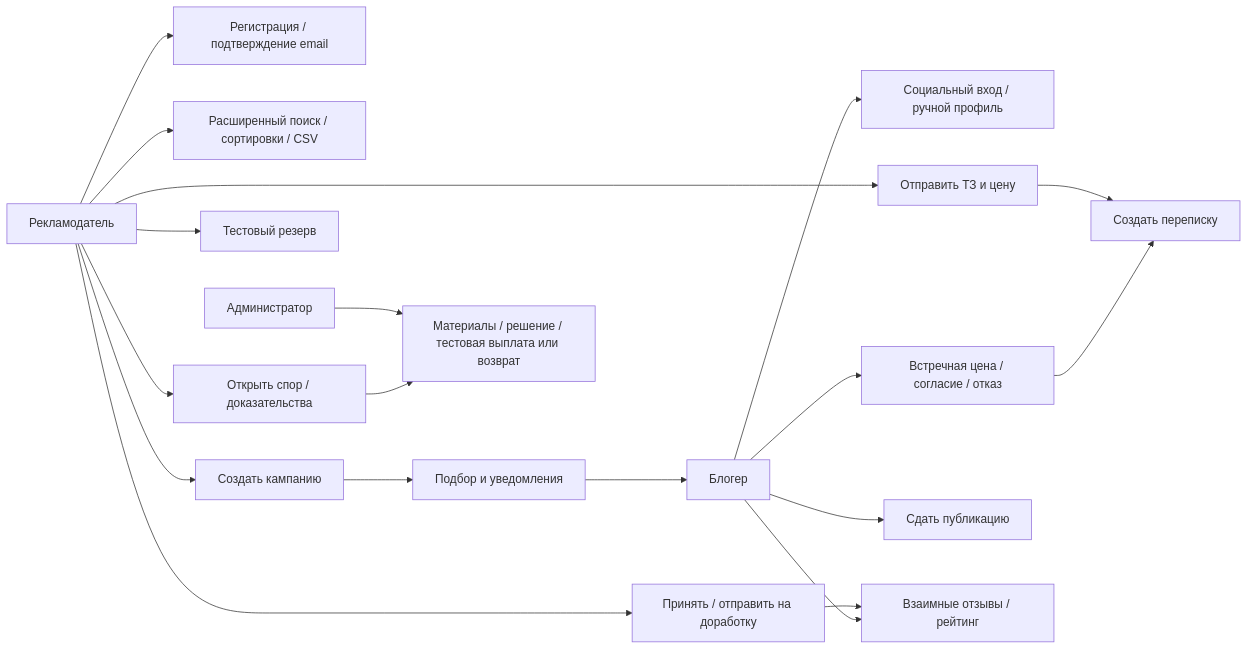
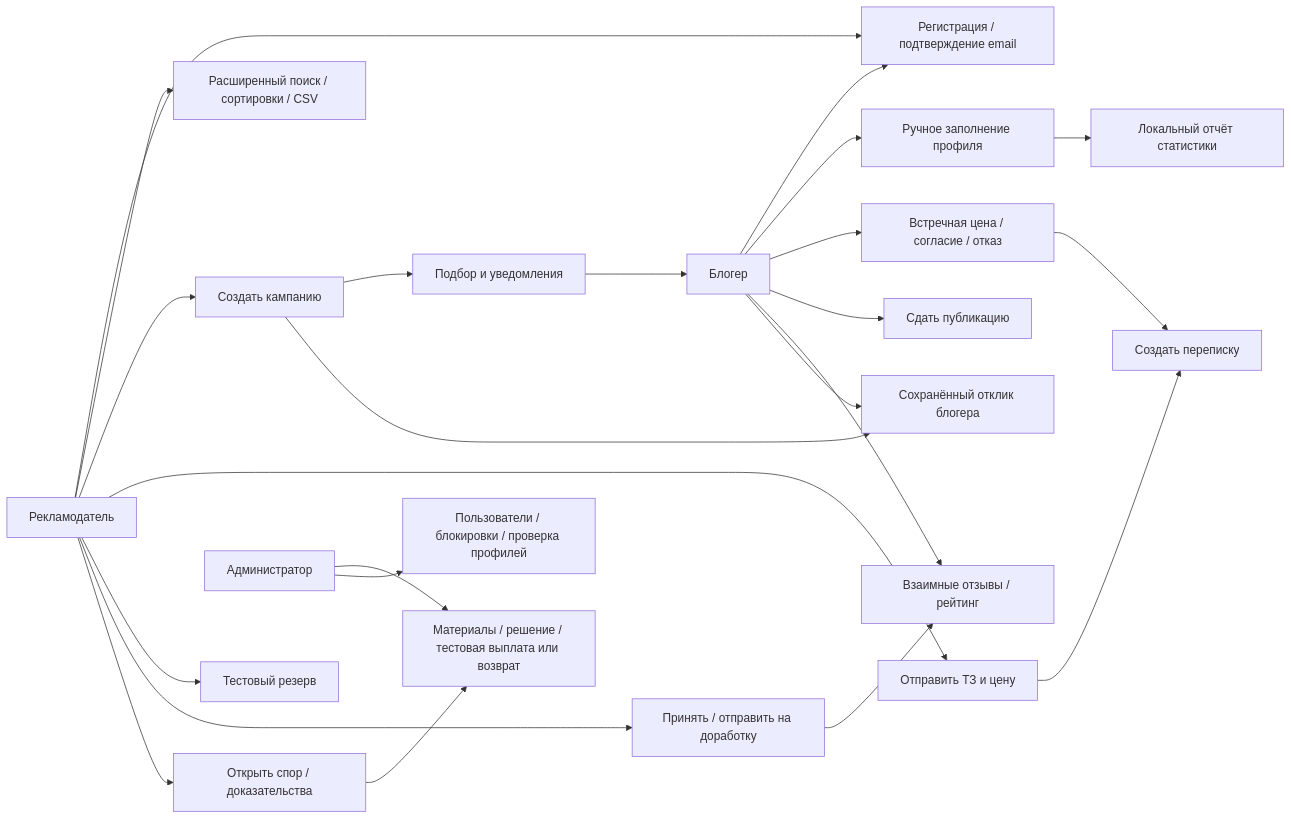
Before and after one commit to Shohyor772/AdvertiserAdd: the second of 5 diagrams in docs/architecture.md, drawn with Mermaid. The commit also changed other lines of this file and 9 other files, not shown here.

````diff
--- a/docs/architecture.md
+++ b/docs/architecture.md
@@ -34,21 +45,26 @@
 ```mermaid
 flowchart LR
     Advertiser[Рекламодатель] --> Register[Регистрация / подтверждение email]
-    Blogger[Блогер] --> Social[Социальный вход / ручной профиль]
+    Blogger[Блогер] --> Register
+    Blogger --> Profile[Ручное заполнение профиля]
     Advertiser --> Search[Расширенный поиск / сортировки / CSV]
     Advertiser --> Campaign[Создать кампанию]
     Campaign --> Match[Подбор и уведомления]
     Match --> Blogger
     Advertiser --> Proposal[Отправить ТЗ и цену]
     Proposal --> Chat[Создать переписку]
     Blogger --> Negotiate[Встречная цена / согласие / отказ]
     Negotiate --> Chat
     Advertiser --> Reserve[Тестовый резерв]
     Blogger --> Submit[Сдать публикацию]
     Advertiser --> Accept[Принять / отправить на доработку]
     Accept --> Reviews[Взаимные отзывы / рейтинг]
     Advertiser --> Dispute[Открыть спор / доказательства]
     Admin[Администратор] --> Resolve[Материалы / решение / тестовая выплата или возврат]
     Dispute --> Resolve
     Blogger --> Reviews
+    Admin --> Moderate[Пользователи / блокировки / проверка профилей]
+    Profile --> Quality[Локальный отчёт статистики]
+    Campaign --> Response[Сохранённый отклик блогера]
+    Blogger --> Response
 ```
````
